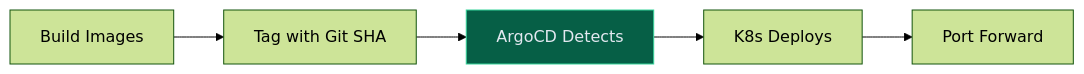
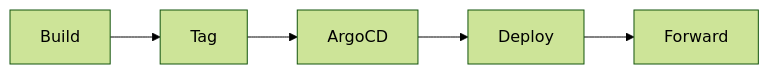
The first of 2 diagrams in cli/create-luff-app/NOTES.md (Luff-Org/Luff-Boilerplate), drawn with Mermaid (forest theme) before and after one commit. The commit also changed other lines of this file and 4 other files, not shown here.

Commit message:
fix(docs): rewrite all mermaid diagrams with ultra-short labels for GitHub rendering

````diff
--- a/cli/create-luff-app/NOTES.md
+++ b/cli/create-luff-app/NOTES.md
@@ -111,9 +111,7 @@
 ```mermaid
 flowchart LR
-  A["Build Images"] --> B["Tag with Git SHA"]
-  B --> C["ArgoCD Detects"]
-  C --> D["K8s Deploys"]
-  D --> E["Port Forward"]
-
-  style C fill:#065f46,stroke:#34d399,color:#e2e8f0
+  A[Build] --> B[Tag]
+  B --> C[ArgoCD]
+  C --> D[Deploy]
+  D --> E[Forward]
 ```
````
